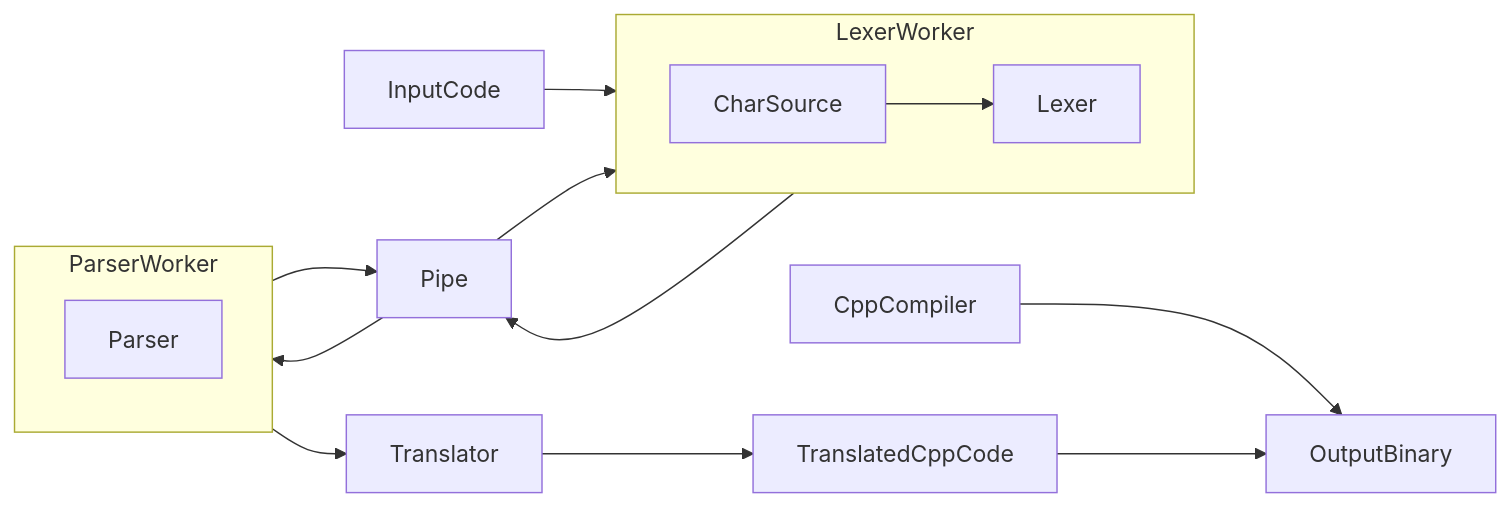
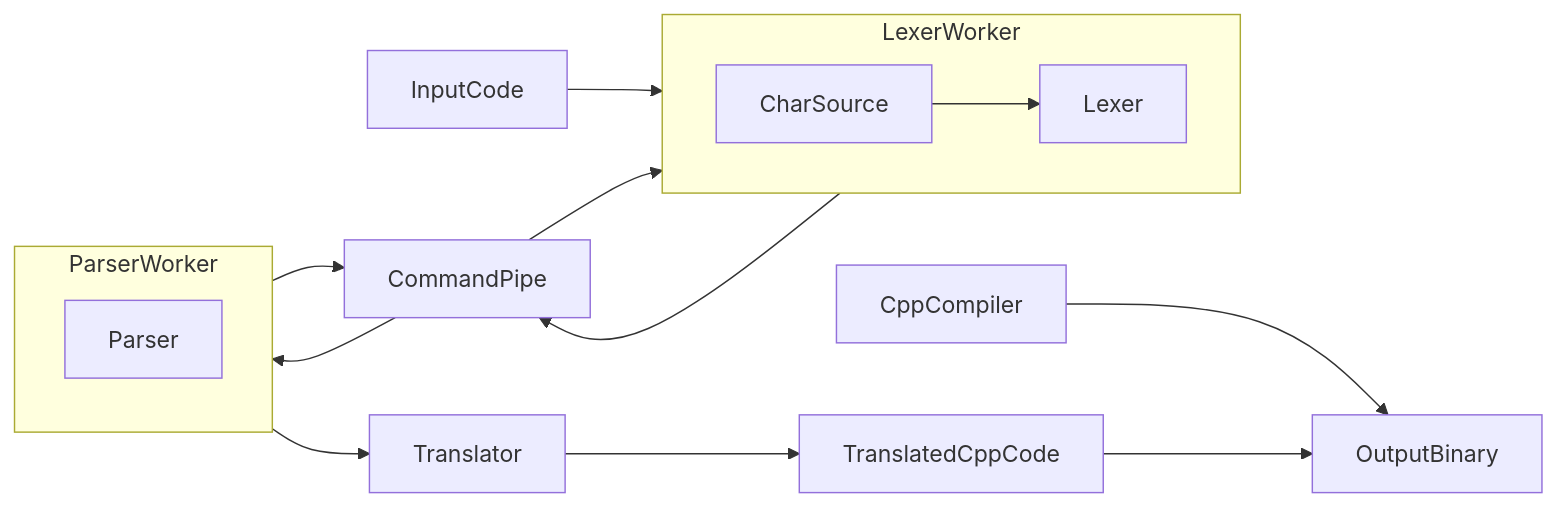
Before and after one commit to astrophysik/Compiler-Cpm: the diagram in README.md, drawn with Mermaid. The commit also changed other lines of this file, not shown here.

````diff
--- a/README.md
+++ b/README.md
@@ -60,19 +60,19 @@
   ```mermaid
 flowchart LR
     direction TB
     subgraph LexerWorker
         direction LR
         CharSource-->Lexer
     end
     subgraph ParserWorker
         Parser
     end
     InputCode-->LexerWorker
-    LexerWorker-->Pipe-->ParserWorker
-    ParserWorker-->Pipe
-    Pipe-->LexerWorker
+    LexerWorker-->CommandPipe-->ParserWorker
+    ParserWorker-->CommandPipe
+    CommandPipe-->LexerWorker
     ParserWorker-->Translator
     Translator-->TranslatedCppCode
     CppCompiler-->OutputBinary
     TranslatedCppCode-->OutputBinary
 ```
````
